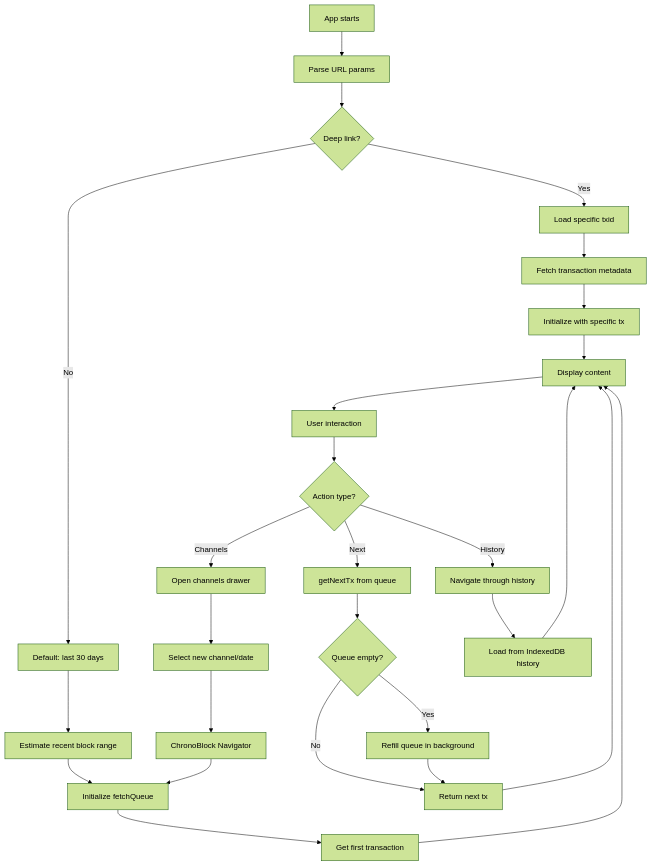
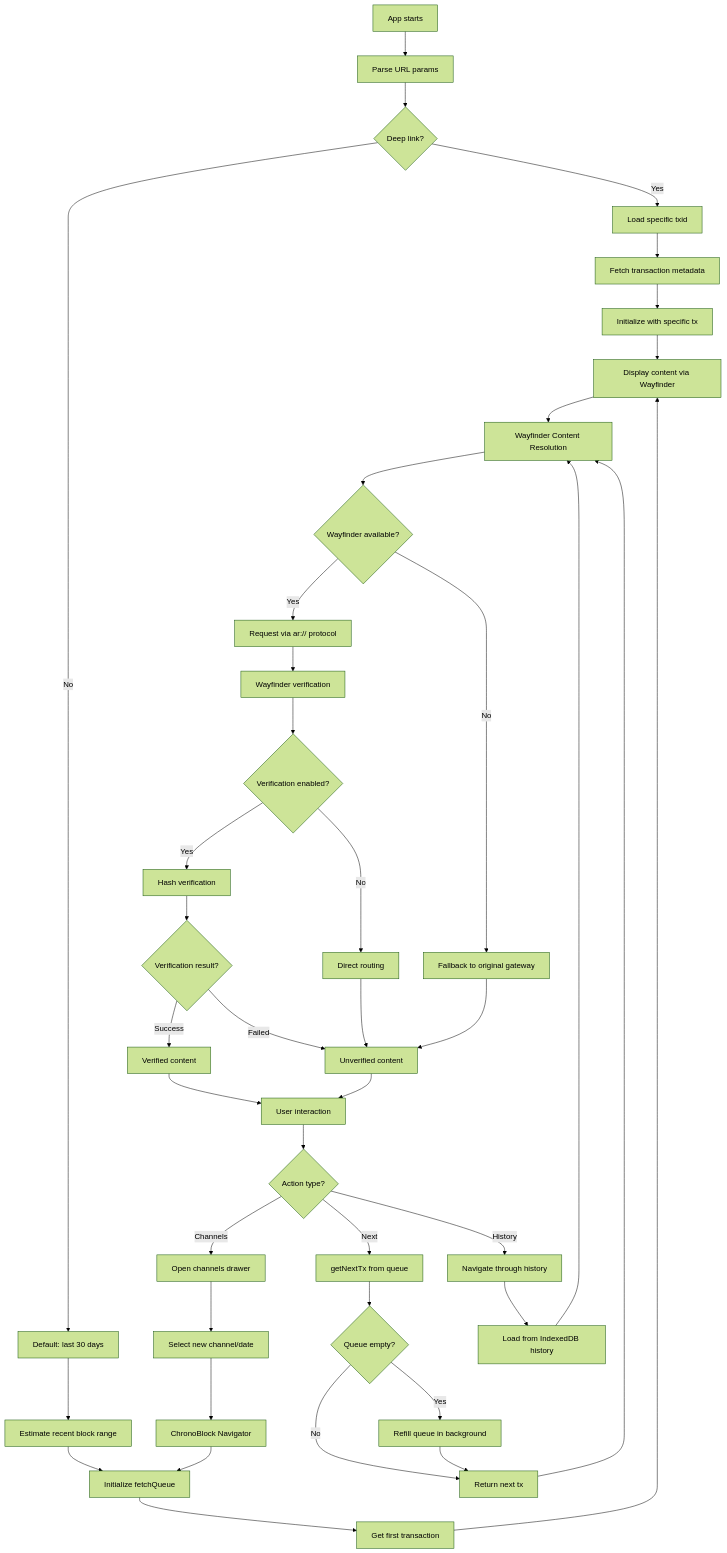
The second of 10 diagrams in FLOW_DIAGRAMS.md (Roam-the-Permaweb/roam-web), drawn with Mermaid (forest theme) before and after one commit. The commit also changed other lines of this file and 26 other files, not shown here.

````diff
--- a/FLOW_DIAGRAMS.md
+++ b/FLOW_DIAGRAMS.md
@@ -32,36 +32,53 @@
 ```mermaid
 flowchart TD
     A[App starts] --> B[Parse URL params]
     B --> C{Deep link?}
     C -->|Yes| D[Load specific txid]
     C -->|No| E[Default: last 30 days]
     
     D --> F[Fetch transaction metadata]
     F --> G[Initialize with specific tx]
     
     E --> H[Estimate recent block range]
     H --> I[Initialize fetchQueue]
     
-    G --> J[Display content]
+    G --> J[Display content via Wayfinder]
     I --> K[Get first transaction]
     K --> J
     
-    J --> L[User interaction]
-    L --> M{Action type?}
-    M -->|Next| N[getNextTx from queue]
-    M -->|Channels| O[Open channels drawer]
-    M -->|History| P[Navigate through history]
+    J --> L[Wayfinder Content Resolution]
+    L --> M{Wayfinder available?}
+    M -->|Yes| N[Request via ar:// protocol]
+    M -->|No| O[Fallback to original gateway]
     
-    N --> Q{Queue empty?}
-    Q -->|Yes| R[Refill queue in background]
-    Q -->|No| S[Return next tx]
-    R --> S
-    S --> J
+    N --> P[Wayfinder verification]
+    P --> Q{Verification enabled?}
+    Q -->|Yes| R[Hash verification]
+    Q -->|No| S[Direct routing]
     
-    O --> T[Select new channel/date]
-    T --> U[ChronoBlock Navigator]
-    U --> I
+    R --> T{Verification result?}
+    T -->|Success| U[Verified content]
+    T -->|Failed| V[Unverified content]
+    S --> V
+    O --> V
     
-    P --> V[Load from IndexedDB history]
-    V --> J
+    U --> W[User interaction]
+    V --> W
+    W --> X{Action type?}
+    X -->|Next| Y[getNextTx from queue]
+    X -->|Channels| Z[Open channels drawer]
+    X -->|History| AA[Navigate through history]
+    
+    Y --> BB{Queue empty?}
+    BB -->|Yes| CC[Refill queue in background]
+    BB -->|No| DD[Return next tx]
+    CC --> DD
+    DD --> L
+    
+    Z --> EE[Select new channel/date]
+    EE --> FF[ChronoBlock Navigator]
+    FF --> I
+    
+    AA --> GG[Load from IndexedDB history]
+    GG --> L
 ```
````
